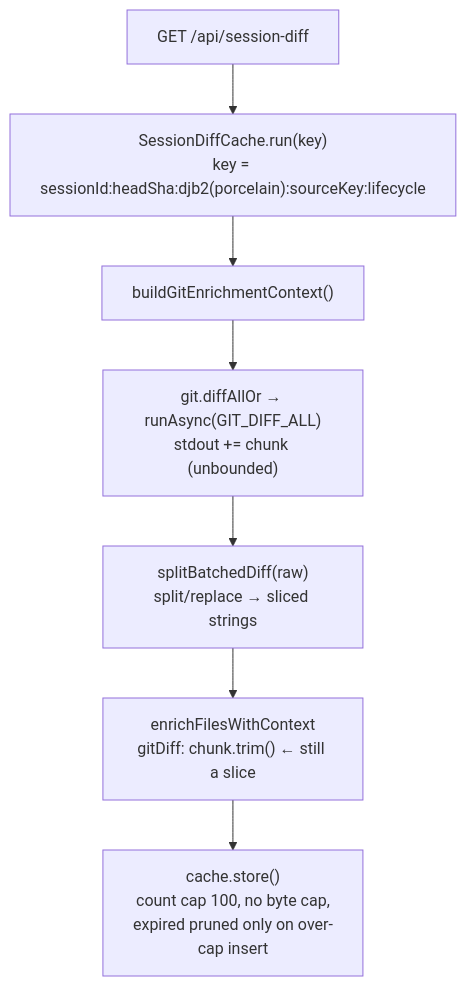
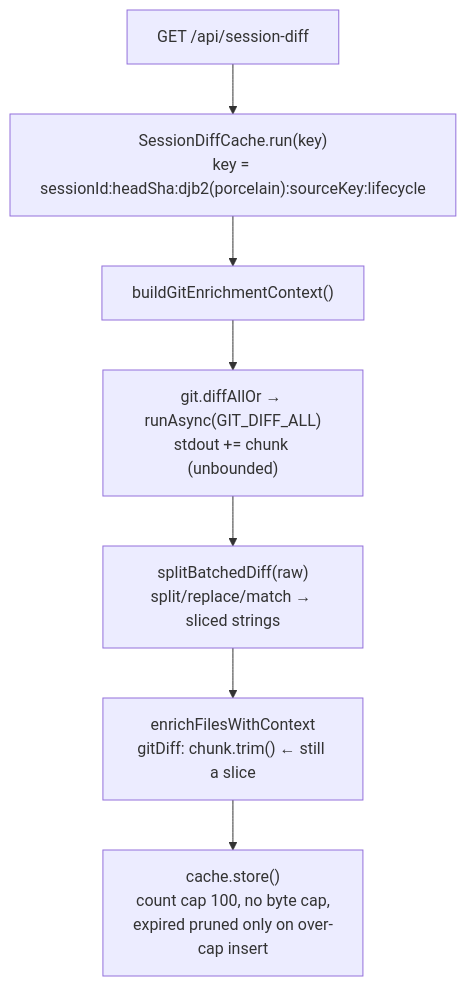
Before and after one commit to BlackBeltTechnology/pi-agent-dashboard: the diagram in openspec/changes/fix-session-diff-heap-retention/design.md, drawn with Mermaid. The commit also changed other lines of this file and 4 other files, not shown here.

````diff
--- a/openspec/changes/fix-session-diff-heap-retention/design.md
+++ b/openspec/changes/fix-session-diff-heap-retention/design.md
@@ -5,9 +5,9 @@
 ```mermaid
 flowchart TD
     R["GET /api/session-diff"] --> K["SessionDiffCache.run(key)<br/>key = sessionId:headSha:djb2(porcelain):sourceKey:lifecycle"]
     K --> C["buildGitEnrichmentContext()"]
     C --> G["git.diffAllOr → runAsync(GIT_DIFF_ALL)<br/>stdout += chunk (unbounded)"]
-    G --> S["splitBatchedDiff(raw)<br/>split/replace → sliced strings"]
+    G --> S["splitBatchedDiff(raw)<br/>split/replace/match → sliced strings"]
     S --> E["enrichFilesWithContext<br/>gitDiff: chunk.trim() ← still a slice"]
     E --> ST["cache.store()<br/>count cap 100, no byte cap,<br/>expired pruned only on over-cap insert"]
 ```
````
